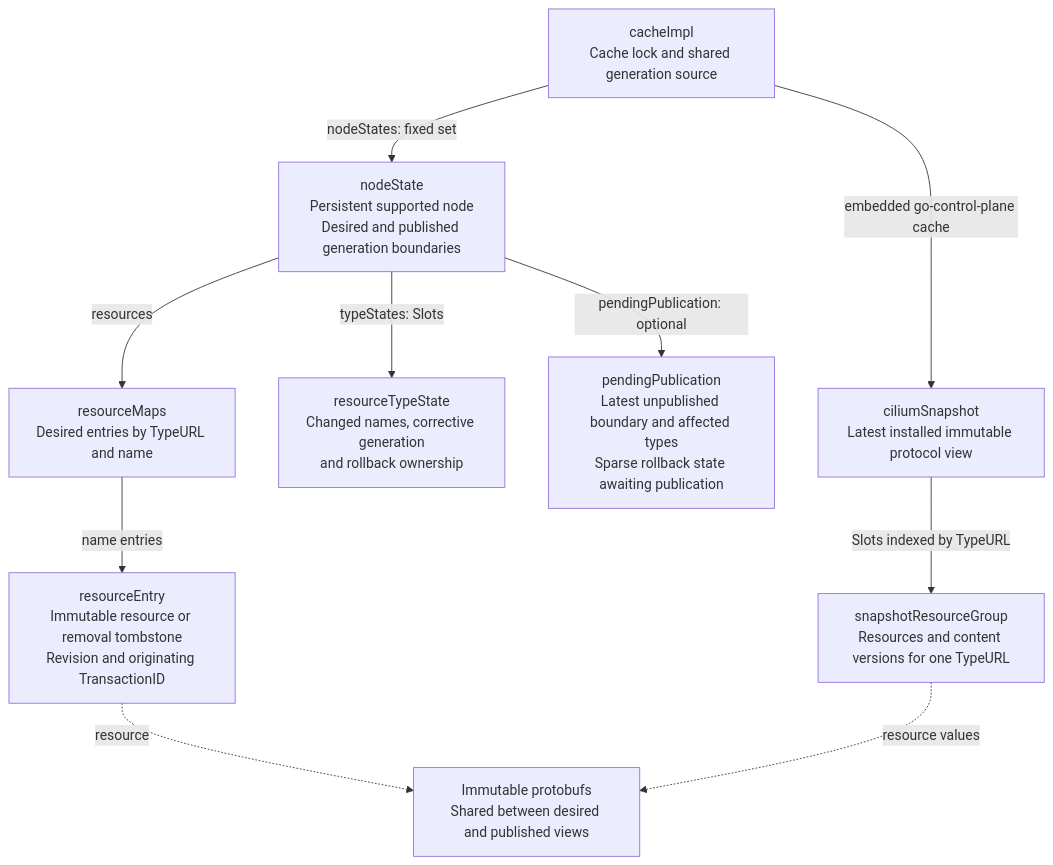
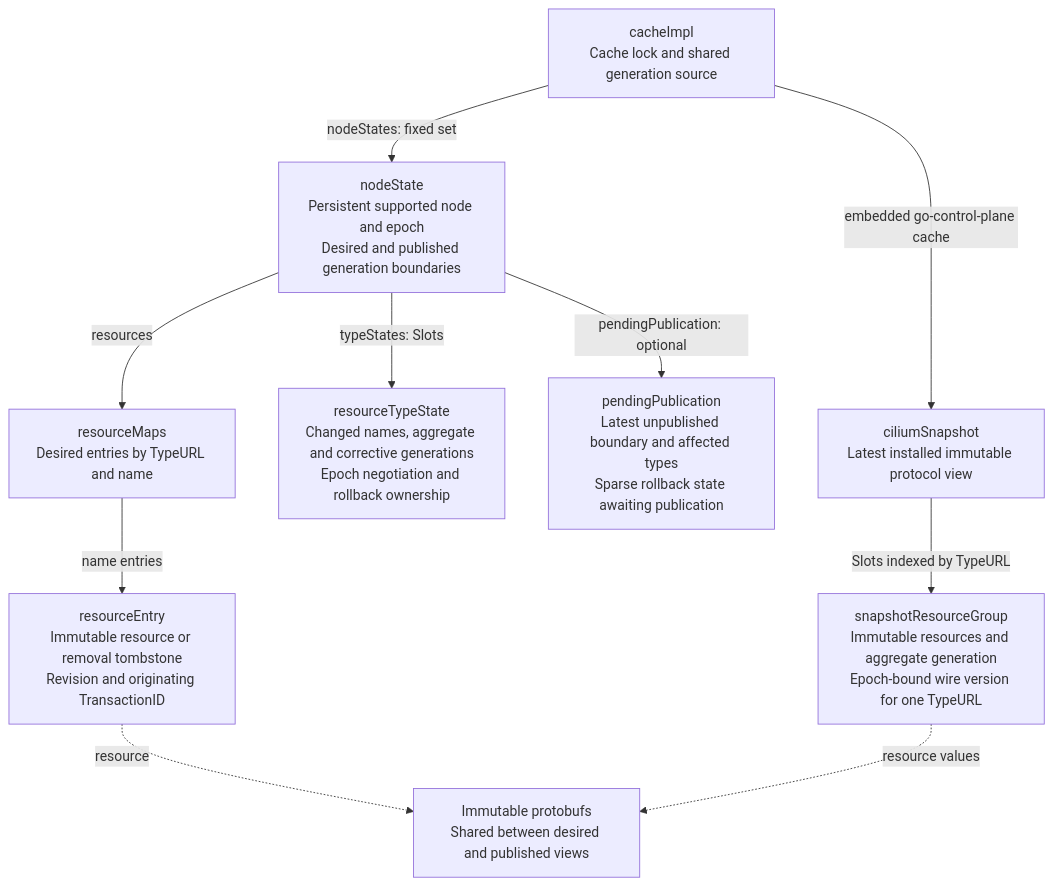
The first of 4 diagrams in pkg/envoy/xdsnew/design.md (cilium/cilium), drawn with Mermaid before and after one commit. The commit also changed other lines of this file and 17 other files, not shown here.

````diff
--- a/pkg/envoy/xdsnew/design.md
+++ b/pkg/envoy/xdsnew/design.md
@@ -87,22 +88,22 @@
 ```mermaid
 flowchart TD
     cache["cacheImpl<br/>Cache lock and shared generation source"]
-    node["nodeState<br/>Persistent supported node<br/>Desired and published generation boundaries"]
+    node["nodeState<br/>Persistent supported node and epoch<br/>Desired and published generation boundaries"]
     desired["resourceMaps<br/>Desired entries by TypeURL and name"]
     entry["resourceEntry<br/>Immutable resource or removal tombstone<br/>Revision and originating TransactionID"]
-    types["resourceTypeState<br/>Changed names, corrective generation<br/>and rollback ownership"]
+    types["resourceTypeState<br/>Changed names, aggregate and corrective generations<br/>Epoch negotiation and rollback ownership"]
     snapshot["ciliumSnapshot<br/>Latest installed immutable protocol view"]
-    group["snapshotResourceGroup<br/>Resources and content versions for one TypeURL"]
+    group["snapshotResourceGroup<br/>Immutable resources and aggregate generation<br/>Epoch-bound wire version for one TypeURL"]
     protobuf["Immutable protobufs<br/>Shared between desired and published views"]
     pending["pendingPublication<br/>Latest unpublished boundary and affected types<br/>Sparse rollback state awaiting publication"]
 
     cache -->|nodeStates: fixed set| node
     cache -->|embedded go-control-plane cache| snapshot
     node -->|resources| desired
     desired -->|name entries| entry
     node -->|typeStates: Slots| types
     node -->|pendingPublication: optional| pending
     snapshot -->|Slots indexed by TypeURL| group
     entry -.->|resource| protobuf
     group -.->|resource values| protobuf
 ```
````
